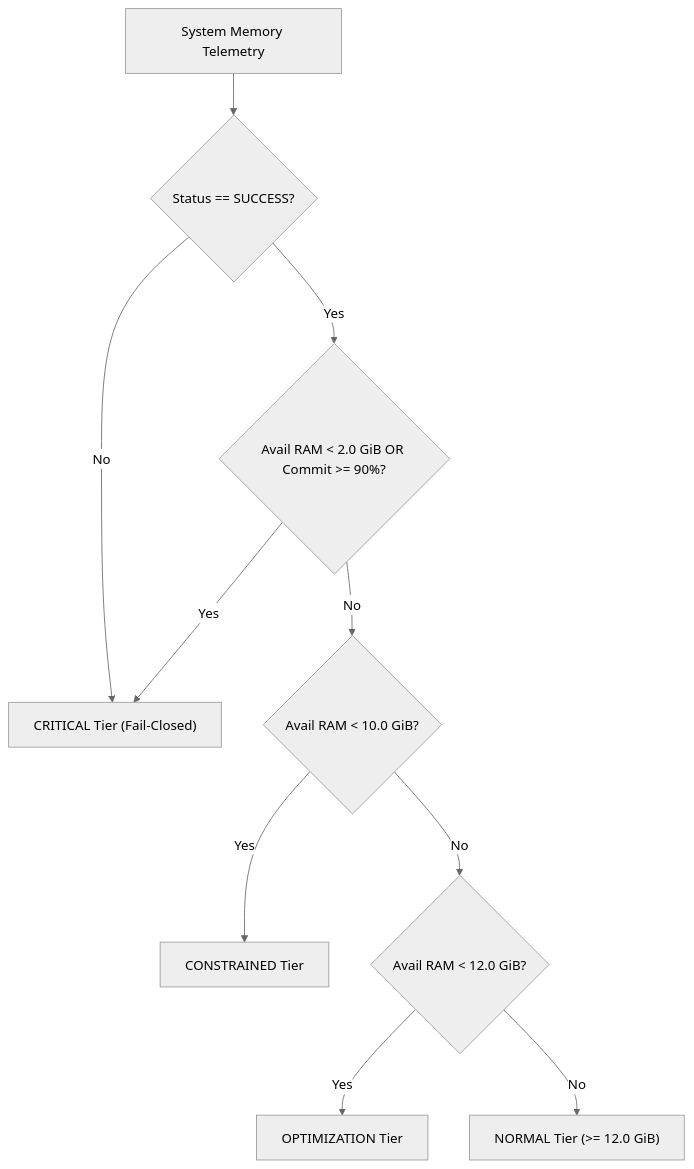
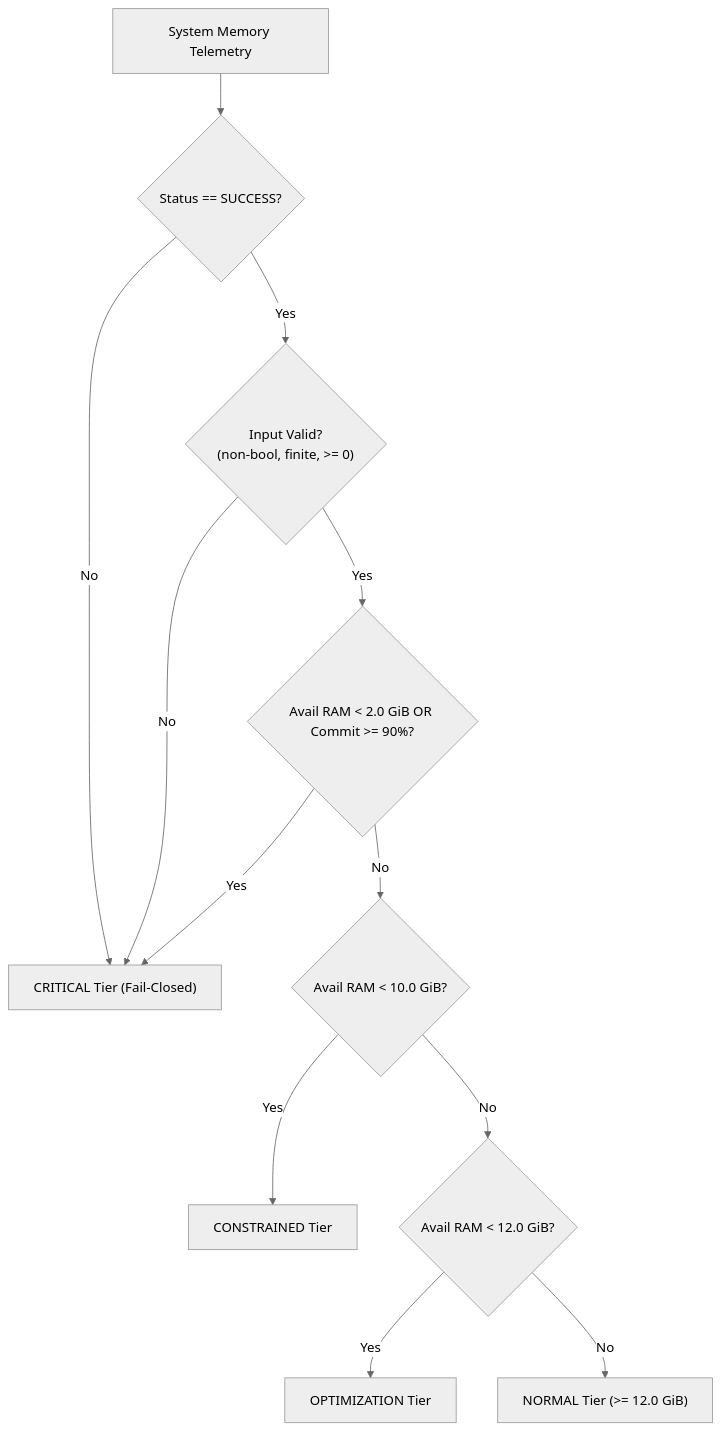
One commit to Imagen2dragon/NOVA-compute changed the diagram in reports/phase2c/ADAPTIVE_MEMORY_RECLAIMER_DESIGN.md. Above: the diagram before and after it, drawn with Mermaid (neutral theme). The commit also changed other lines of this file and 25 other files, not shown here.

````diff
--- a/reports/phase2c/ADAPTIVE_MEMORY_RECLAIMER_DESIGN.md
+++ b/reports/phase2c/ADAPTIVE_MEMORY_RECLAIMER_DESIGN.md
@@ -67,12 +68,14 @@
 ```mermaid
 flowchart TD
     A["System Memory Telemetry"] --> B{"Status == SUCCESS?"}
     B -- No --> C["CRITICAL Tier (Fail-Closed)"]
-    B -- Yes --> D{"Avail RAM < 2.0 GiB OR Commit >= 90%?"}
+    B -- Yes --> VAL{"Input Valid?\n(non-bool, finite, >= 0)"}
+    VAL -- No --> C
+    VAL -- Yes --> D{"Avail RAM < 2.0 GiB OR Commit >= 90%?"}
     D -- Yes --> C
     D -- No --> E{"Avail RAM < 10.0 GiB?"}
     E -- Yes --> F["CONSTRAINED Tier"]
     E -- No --> G{"Avail RAM < 12.0 GiB?"}
     G -- Yes --> H["OPTIMIZATION Tier"]
     G -- No --> I["NORMAL Tier (>= 12.0 GiB)"]
 ```
````
